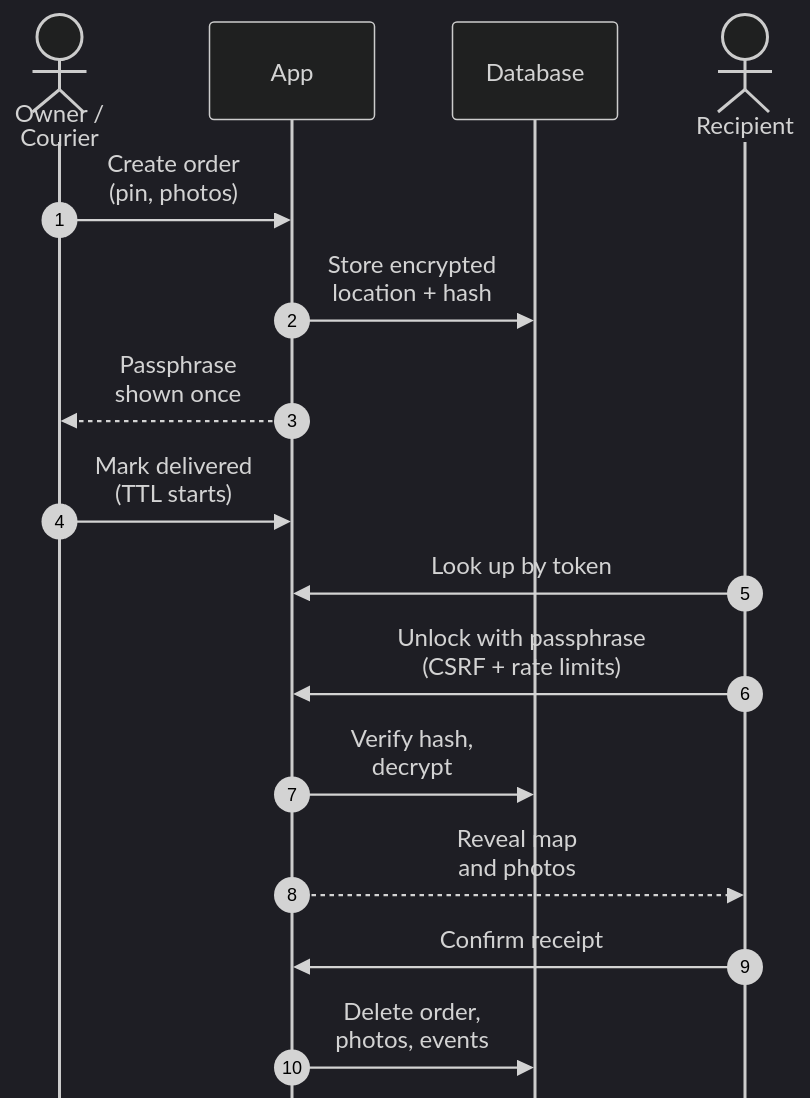
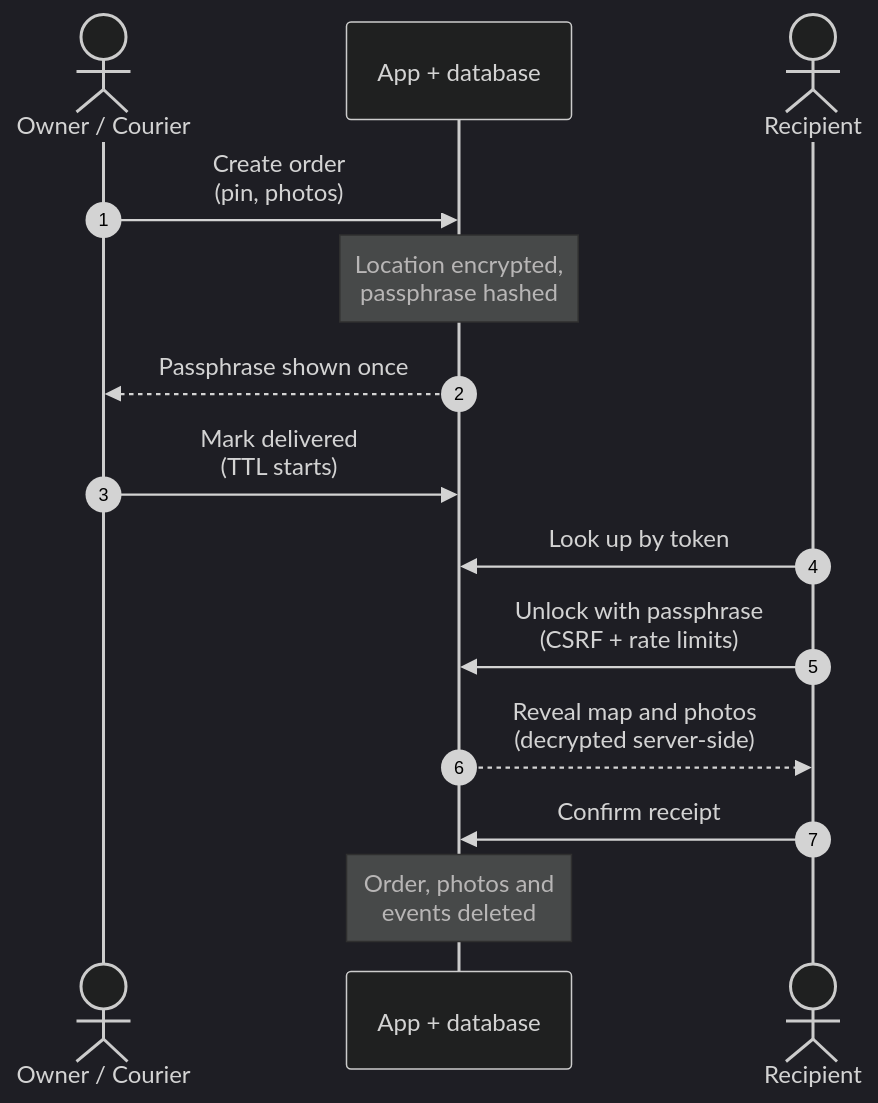
One commit to kilerdevs/DeadDropMGMT changed the first of 3 diagrams in README.md. Above: the diagram before and after it, drawn with Mermaid (dark theme).

Commit message:
Fix the README order-flow diagram getting clipped on GitHub
The init directive that tuned actor widths made the rendered sequence diagram
cut off at the bottom. Drop it and use GitHub's defaults with three
participants (courier, app + database, recipient) and notes for the storage
and deletion steps, which keeps the diagram narrow without layout overrides.

````diff
--- a/README.md
+++ b/README.md
@@ -100,20 +100,17 @@
 ```mermaid
-%%{init: {"sequence": {"mirrorActors": false, "width": 110, "actorMargin": 30, "messageMargin": 28}}}%%
 sequenceDiagram
     autonumber
-    actor C as Owner /<br/>Courier
-    participant A as App
-    participant DB as Database
+    actor C as Owner / Courier
+    participant A as App + database
     actor R as Recipient
 
     C->>A: Create order<br/>(pin, photos)
-    A->>DB: Store encrypted<br/>location + hash
-    A-->>C: Passphrase<br/>shown once
+    Note over A: Location encrypted,<br/>passphrase hashed
+    A-->>C: Passphrase shown once
     C->>A: Mark delivered<br/>(TTL starts)
     R->>A: Look up by token
     R->>A: Unlock with passphrase<br/>(CSRF + rate limits)
-    A->>DB: Verify hash,<br/>decrypt
-    A-->>R: Reveal map<br/>and photos
+    A-->>R: Reveal map and photos<br/>(decrypted server-side)
     R->>A: Confirm receipt
-    A->>DB: Delete order,<br/>photos, events
+    Note over A: Order, photos and<br/>events deleted
 ```
````
